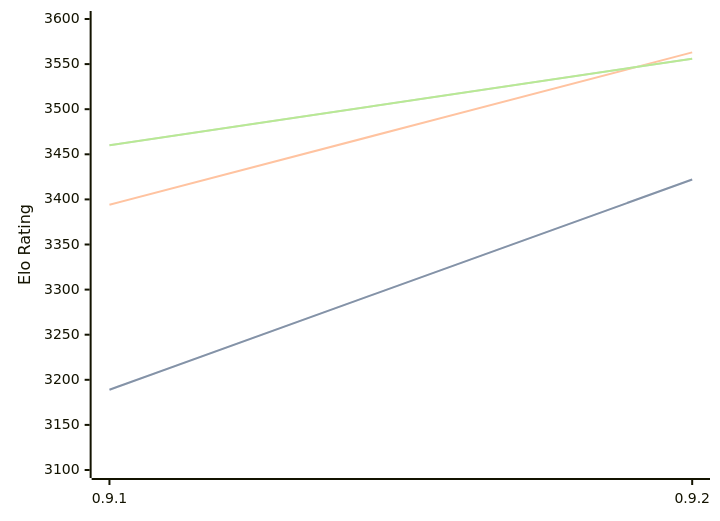
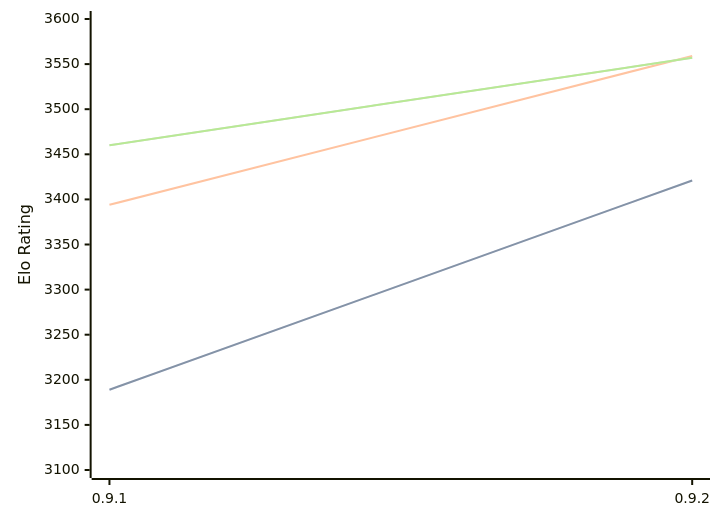
Before and after one commit to computer-chess-index/cci: the diagram in engines/Coda.md, drawn with Mermaid. The commit also changed other lines of this file, not shown here.

Commit message:
Update CCI Ratings (ELO VLTC) - 2026-07-26

````diff
--- a/engines/Coda.md
+++ b/engines/Coda.md
@@ -32,11 +32,11 @@
 ```mermaid
 %%{init: {"theme":"base","themeVariables":{"seriesColors:['#a3a3a3','#222221','#faa371']}}}%%
 xychart-beta
   x-axis ["0.9.1", "0.9.2"]
   y-axis "Elo Rating" 3100 --> 3600
-  line "STC (8.0+0.08s)" [3189, 3422]
-  line "STC (8.0+0.08s)" [3189, 3422]
-  line "LTC (60.0+0.60s)" [3394, 3563]
-  line "VLTC (2m24s+1.12s)" [3460, 3556]
-  line "VLTC (2m24s+1.12s)" [3460, 3556]
+  line "STC (8.0+0.08s)" [3189, 3421]
+  line "STC (8.0+0.08s)" [3189, 3421]
+  line "LTC (60.0+0.60s)" [3394, 3559]
+  line "VLTC (2m24s+1.12s)" [3460, 3557]
+  line "VLTC (2m24s+1.12s)" [3460, 3557]
 ```
````
